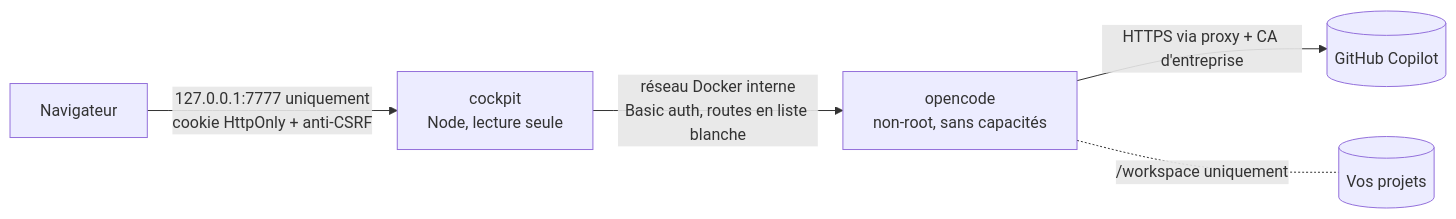
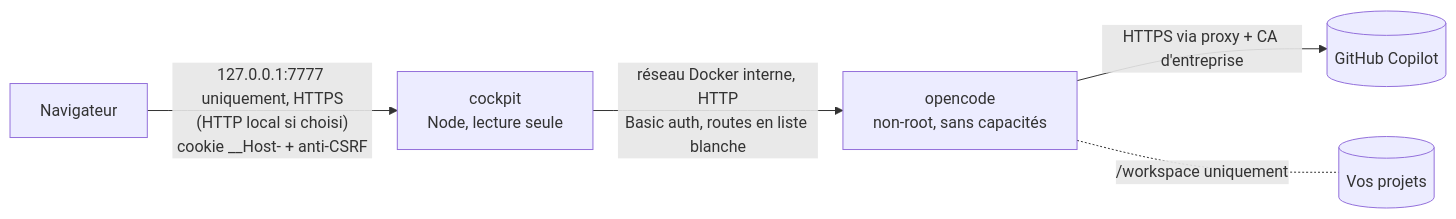
Before and after one commit to Calgar50/opencode-cockpit: the diagram in README.md, drawn with Mermaid. The commit also changed other lines of this file and 3 other files, not shown here.

````diff
--- a/README.md
+++ b/README.md
@@ -299,7 +394,7 @@
 ```mermaid
 flowchart LR
-  B[Navigateur] -- "127.0.0.1:7777 uniquement<br/>cookie HttpOnly + anti-CSRF" --> C[cockpit<br/>Node, lecture seule]
-  C -- "réseau Docker interne<br/>Basic auth, routes en liste blanche" --> O[opencode<br/>non-root, sans capacités]
+  B[Navigateur] -- "127.0.0.1:7777 uniquement, HTTPS<br/>(HTTP local si choisi)<br/>cookie __Host- + anti-CSRF" --> C[cockpit<br/>Node, lecture seule]
+  C -- "réseau Docker interne, HTTP<br/>Basic auth, routes en liste blanche" --> O[opencode<br/>non-root, sans capacités]
   O -- "HTTPS via proxy + CA d'entreprise" --> G[(GitHub Copilot)]
   O -. "/workspace uniquement" .- W[(Vos projets)]
 ```
````
